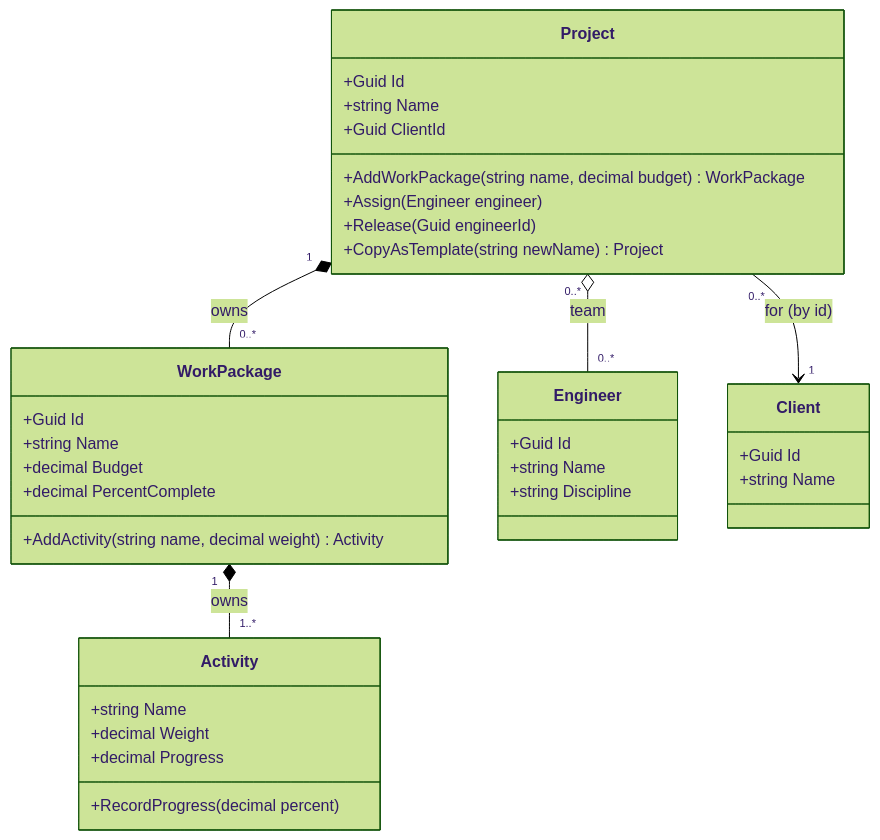
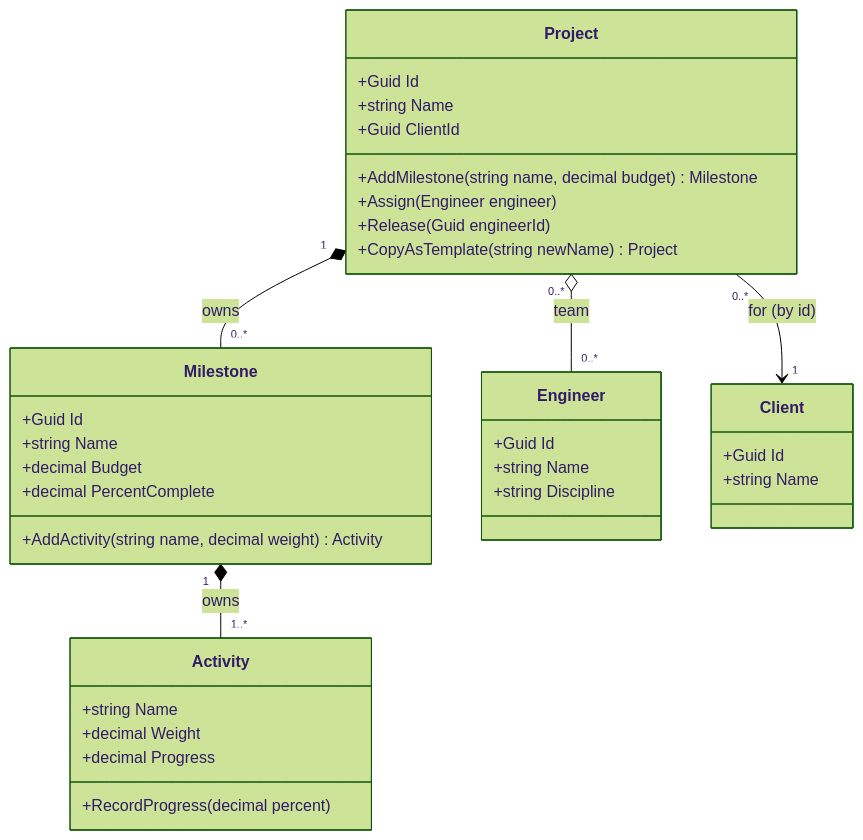
One commit to rizwi0786/system-design-lab changed the first of 2 diagrams in content/lessons/m07/m07-association-aggregation-composition.md. Above: the diagram before and after it, drawn with Mermaid (forest theme). The commit also changed other lines of this file and 334 other files, not shown here.

````diff
--- a/content/lessons/m07/m07-association-aggregation-composition.md
+++ b/content/lessons/m07/m07-association-aggregation-composition.md
@@ -168,38 +168,38 @@
 ```mermaid
 classDiagram
     class Project {
         +Guid Id
         +string Name
         +Guid ClientId
-        +AddWorkPackage(string name, decimal budget) WorkPackage
+        +AddMilestone(string name, decimal budget) Milestone
         +Assign(Engineer engineer)
         +Release(Guid engineerId)
         +CopyAsTemplate(string newName) Project
     }
-    class WorkPackage {
+    class Milestone {
         +Guid Id
         +string Name
         +decimal Budget
         +decimal PercentComplete
         +AddActivity(string name, decimal weight) Activity
     }
     class Activity {
         +string Name
         +decimal Weight
         +decimal Progress
         +RecordProgress(decimal percent)
     }
     class Engineer {
         +Guid Id
         +string Name
         +string Discipline
     }
     class Client {
         +Guid Id
         +string Name
     }
-    Project "1" *-- "0..*" WorkPackage : owns
-    WorkPackage "1" *-- "1..*" Activity : owns
+    Project "1" *-- "0..*" Milestone : owns
+    Milestone "1" *-- "1..*" Activity : owns
     Project "0..*" o-- "0..*" Engineer : team
     Project "0..*" --> "1" Client : for (by id)
 ```
````
